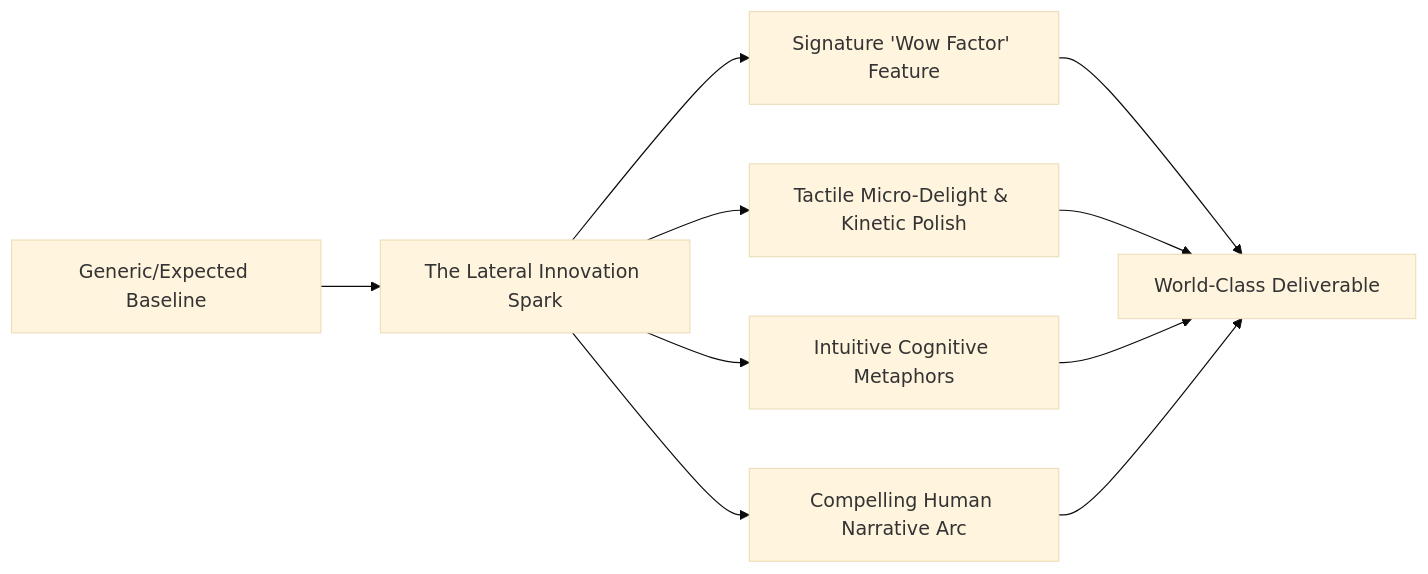
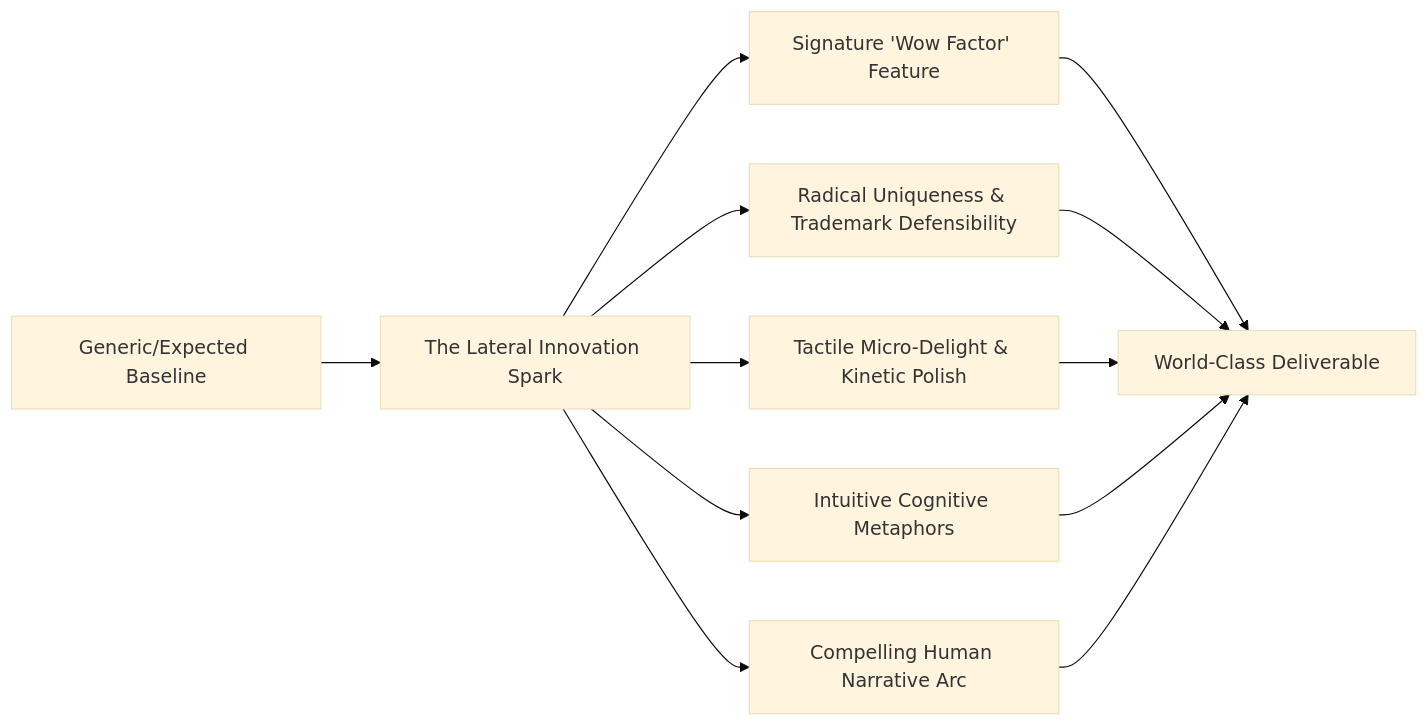
The diagram in agents/world-class-creativity-director.md (adityanimbalkar9699-max/antigravity-specialist-agents), drawn with Mermaid (base theme) before and after one commit. The commit also changed other lines of this file and 3 other files, not shown here.

Commit message:
feat: add empirical-research-verifier (100% proof) and trademark uniqueness mandate (v3.10)

````diff
--- a/agents/world-class-creativity-director.md
+++ b/agents/world-class-creativity-director.md
@@ -14,9 +14,10 @@
 ```mermaid
 flowchart LR
     Routine["Generic/Expected Baseline"] --> Spark["The Lateral Innovation Spark"]
     Spark --> Wow["Signature 'Wow Factor' Feature"]
+    Spark --> Unique["Radical Uniqueness & Trademark Defensibility"]
     Spark --> Delight["Tactile Micro-Delight & Kinetic Polish"]
     Spark --> Metaphor["Intuitive Cognitive Metaphors"]
     Spark --> Story["Compelling Human Narrative Arc"]
-    Wow & Delight & Metaphor & Story --> WorldClass["World-Class Deliverable"]
+    Wow & Unique & Delight & Metaphor & Story --> WorldClass["World-Class Deliverable"]
 ```
````
